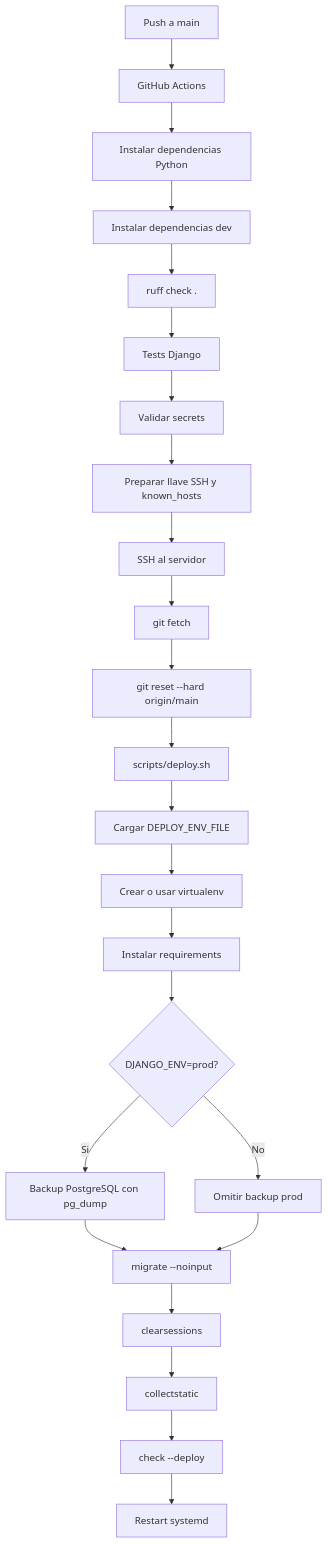
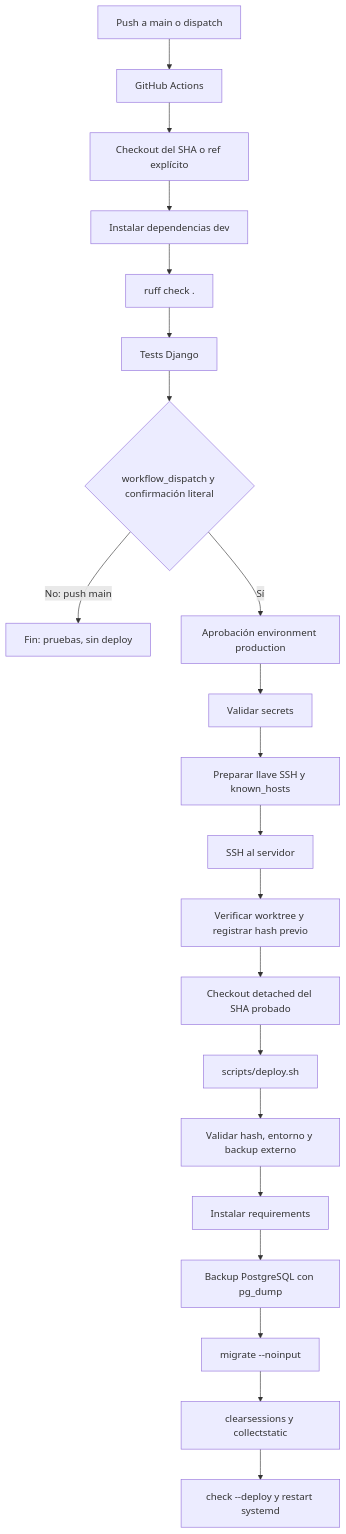
One commit to alvaroavx/avx-django-plataformaelemental changed the diagram in docs/operacion/DEPLOY.md. Above: the diagram before and after it, drawn with Mermaid. The commit also changed other lines of this file and 8 other files, not shown here.

````diff
--- a/docs/operacion/DEPLOY.md
+++ b/docs/operacion/DEPLOY.md
@@ -201,26 +213,23 @@
 ```mermaid
 flowchart TD
-    A["Push a main"] --> B["GitHub Actions"]
-    B --> C["Instalar dependencias Python"]
+    A["Push a main o dispatch"] --> B["GitHub Actions"]
+    B --> C["Checkout del SHA o ref explícito"]
     C --> D["Instalar dependencias dev"]
     D --> E["ruff check ."]
     E --> F["Tests Django"]
-    F --> G["Validar secrets"]
-    G --> H["Preparar llave SSH y known_hosts"]
-    H --> I["SSH al servidor"]
-    I --> J["git fetch"]
-    J --> K["git reset --hard origin/main"]
-    K --> L["scripts/deploy.sh"]
-    L --> M["Cargar DEPLOY_ENV_FILE"]
-    M --> N["Crear o usar virtualenv"]
+    F --> G{"workflow_dispatch y confirmación literal"}
+    G -- "No: push main" --> X["Fin: pruebas, sin deploy"]
+    G -- "Sí" --> Y["Aprobación environment production"]
+    Y --> H["Validar secrets"]
+    H --> I["Preparar llave SSH y known_hosts"]
+    I --> J["SSH al servidor"]
+    J --> K["Verificar worktree y registrar hash previo"]
+    K --> L["Checkout detached del SHA probado"]
+    L --> M["scripts/deploy.sh"]
+    M --> N["Validar hash, entorno y backup externo"]
     N --> O["Instalar requirements"]
-    O --> P{"DJANGO_ENV=prod?"}
-    P -- "Si" --> Q["Backup PostgreSQL con pg_dump"]
-    P -- "No" --> R["Omitir backup prod"]
-    Q --> S["migrate --noinput"]
-    R --> S
-    S --> T["clearsessions"]
-    T --> U["collectstatic"]
-    U --> V["check --deploy"]
-    V --> W["Restart systemd"]
+    O --> P["Backup PostgreSQL con pg_dump"]
+    P --> Q["migrate --noinput"]
+    Q --> R["clearsessions y collectstatic"]
+    R --> S["check --deploy y restart systemd"]
 ```
````
